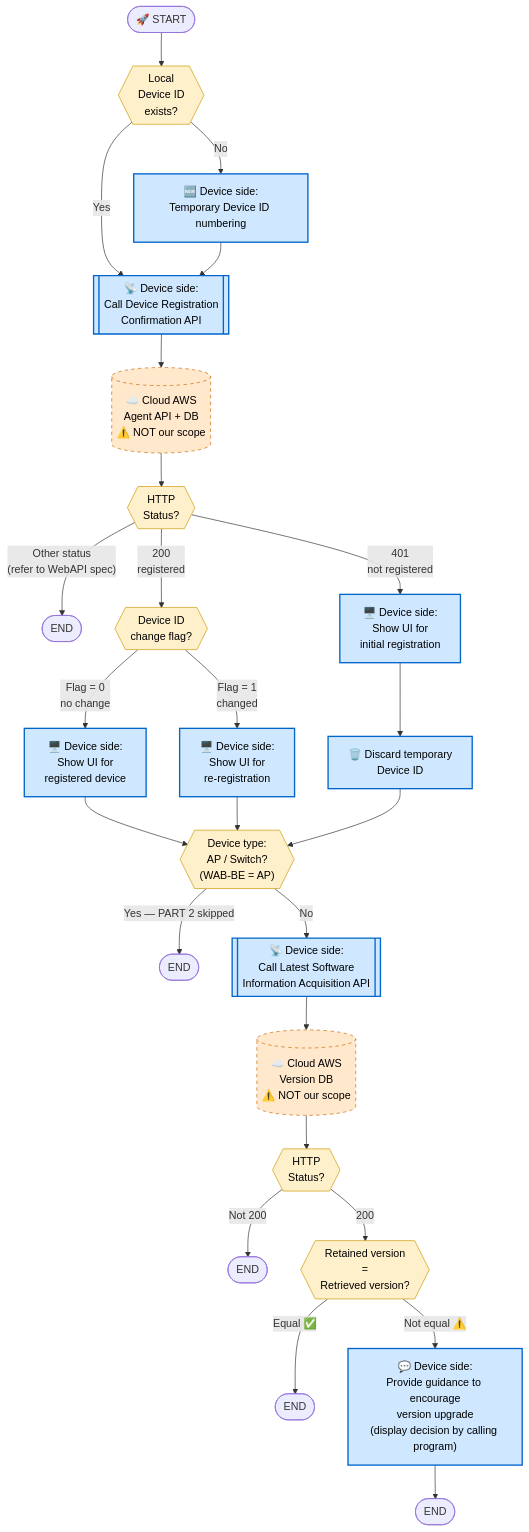
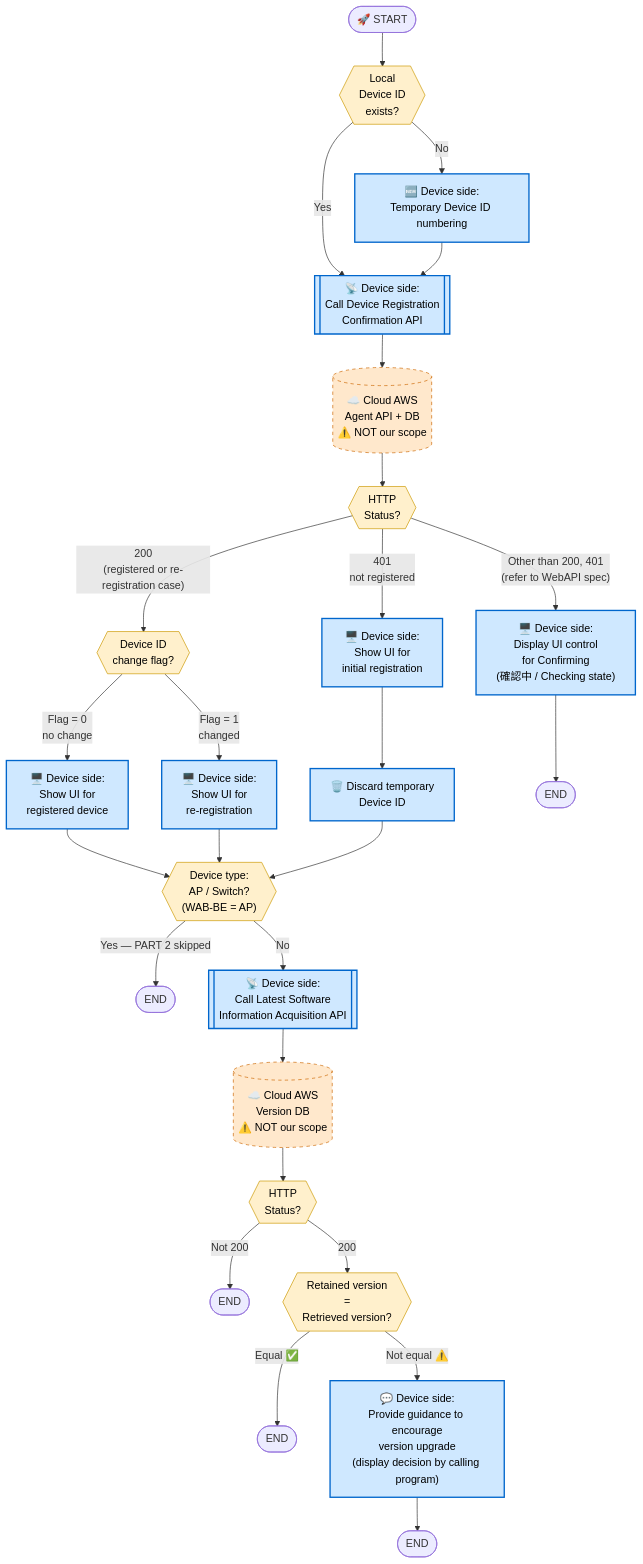
Before and after one commit to xchris7/ELX_with_AI: the first of 2 diagrams in P_ELX/elecom_cloud_apps/spec/docs/agent_cloud_linkage_flow/02_device_entry_startup_flow.md, drawn with Mermaid. The commit also changed other lines of this file, not shown here.

Commit message:
docs(spec): update device entry startup flow with UI confirmation details

````diff
--- a/P_ELX/elecom_cloud_apps/spec/docs/agent_cloud_linkage_flow/02_device_entry_startup_flow.md
+++ b/P_ELX/elecom_cloud_apps/spec/docs/agent_cloud_linkage_flow/02_device_entry_startup_flow.md
@@ -25,43 +33,52 @@
 ```mermaid
 flowchart TD
     Start([🚀 START])
     Start --> Check{{"Local<br/>Device ID<br/>exists?"}}
     Check -->|"No"| TempNum["🆕 Device side:<br/>Temporary Device ID numbering"]
     Check -->|"Yes"| Call
 
+
     TempNum --> Call[["📡 Device side:<br/>Call Device Registration<br/>Confirmation API"]]
     Call --> Cloud[("☁️ Cloud AWS<br/>Agent API + DB<br/>⚠️ NOT our scope")]
     Cloud --> Status{{"HTTP<br/>Status?"}}
 
-    Status -->|"Other status<br/>(refer to WebAPI spec)"| EndA([END])
+
+    Status -->|"Other than 200, 401<br/>(refer to WebAPI spec)"| UI_Checking["🖥️ Device side:<br/>Display UI control<br/>for Confirming<br/>(確認中 / Checking state)"]
     Status -->|"401<br/>not registered"| UI_Initial["🖥️ Device side:<br/>Show UI for<br/>initial registration"]
-    Status -->|"200<br/>registered"| FlagCheck{{"Device ID<br/>change flag?"}}
+    Status -->|"200<br/>(registered or re-registration case)"| FlagCheck{{"Device ID<br/>change flag?"}}
+
 
     FlagCheck -->|"Flag = 0<br/>no change"| UI_Registered["🖥️ Device side:<br/>Show UI for<br/>registered device"]
     FlagCheck -->|"Flag = 1<br/>changed"| UI_ReReg["🖥️ Device side:<br/>Show UI for<br/>re-registration"]
+
 
     UI_Initial --> Discard["🗑️ Discard temporary<br/>Device ID"]
     UI_Registered --> APCheck
     UI_ReReg --> APCheck
     Discard --> APCheck
+    UI_Checking --> EndA([END])
+
 
     APCheck{{"Device type:<br/>AP / Switch?<br/>(WAB-BE = AP)"}}
     APCheck -->|"Yes — PART 2 skipped"| EndD([END])
     APCheck -->|"No"| Call2[["📡 Device side:<br/>Call Latest Software<br/>Information Acquisition API"]]
+
 
     Call2 --> Cloud2[("☁️ Cloud AWS<br/>Version DB<br/>⚠️ NOT our scope")]
     Cloud2 --> Status2{{"HTTP<br/>Status?"}}
     Status2 -->|"Not 200"| EndE([END])
     Status2 -->|"200"| Ver{{"Retained version<br/>=<br/>Retrieved version?"}}
     Ver -->|"Equal ✅"| EndF([END])
     Ver -->|"Not equal ⚠️"| Guide["💬 Device side:<br/>Provide guidance to encourage<br/>version upgrade<br/>(display decision by calling program)"]
     Guide --> EndG([END])
 
+
     classDef deviceSide fill:#cfe8ff,stroke:#0066cc,stroke-width:2px,color:#000
     classDef cloudSide fill:#ffe8cc,stroke:#cc6600,stroke-dasharray: 5 5,color:#000
     classDef decision fill:#fff0cc,stroke:#cc9900,color:#000
 
-    class TempNum,Call,UI_Initial,UI_Registered,UI_ReReg,Discard,Call2,Guide deviceSide
+
+    class TempNum,Call,UI_Initial,UI_Registered,UI_ReReg,UI_Checking,Discard,Call2,Guide deviceSide
     class Cloud,Cloud2 cloudSide
     class Check,Status,FlagCheck,APCheck,Status2,Ver decision
 ```
````
